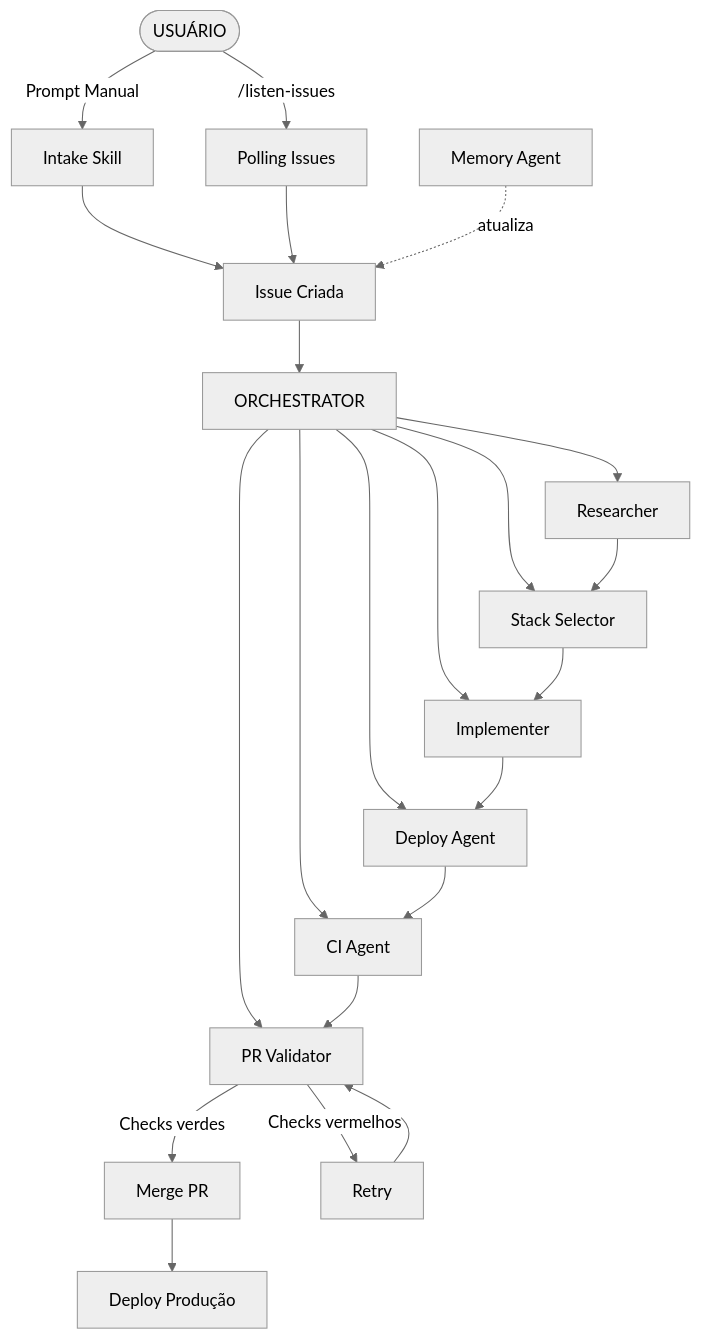
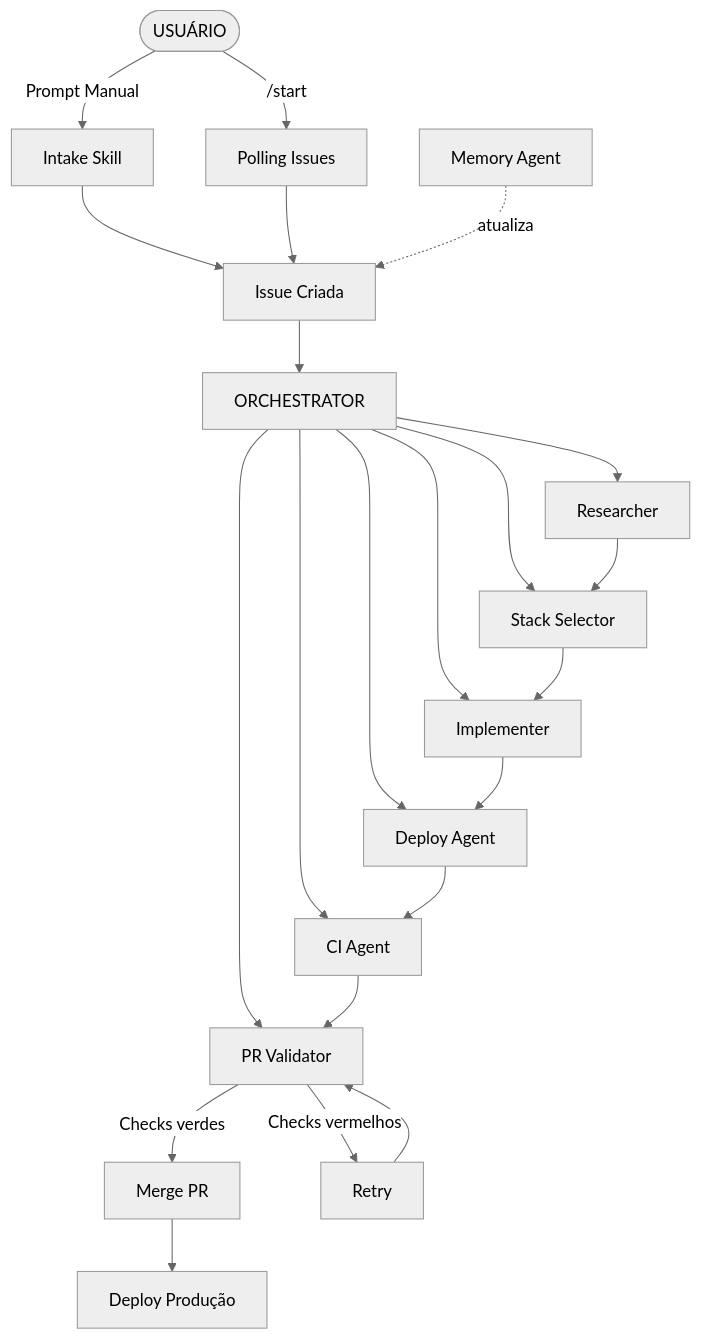
The diagram in AGENTS.md (ronanrodrigo/memoteca), drawn with Mermaid (neutral theme) before and after one commit. The commit also changed other lines of this file and 4 other files, not shown here.

First line of the commit message:
refactor: remove opencode-scheduler, rename /listen-issues to /start

````diff
--- a/AGENTS.md
+++ b/AGENTS.md
@@ -82,21 +82,21 @@
 ```mermaid
 graph TB
     User([USUÁRIO])
     User -->|Prompt Manual| Intake[Intake Skill]
-    User -->|/listen-issues| Polling[Polling Issues]
+    User -->|/start| Polling[Polling Issues]
     Intake --> Issue[Issue Criada]
     Polling --> Issue
     Issue --> Orch[ORCHESTRATOR]
     Orch --> Research[Researcher]
     Orch --> StackSel[Stack Selector]
     Orch --> Impl[Implementer]
     Orch --> Dep[Deploy Agent]
     Orch --> CI[CI Agent]
     Orch --> PR[PR Validator]
     Research --> StackSel --> Impl --> Dep --> CI --> PR
     PR -->|Checks verdes| Merge[Merge PR]
     PR -->|Checks vermelhos| Retry[Retry]
     Retry --> PR
     Merge --> Prod[Deploy Produção]
     Memory[Memory Agent] -.->|atualiza| Issue
 ```
````
